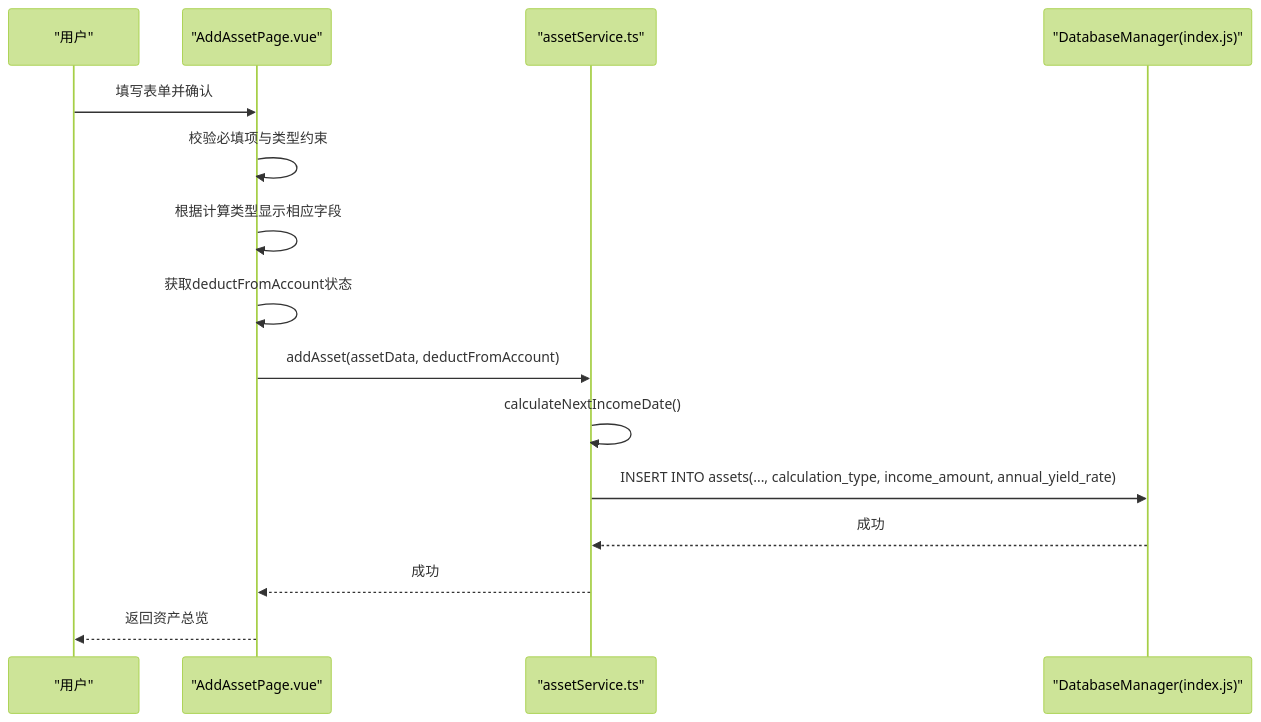
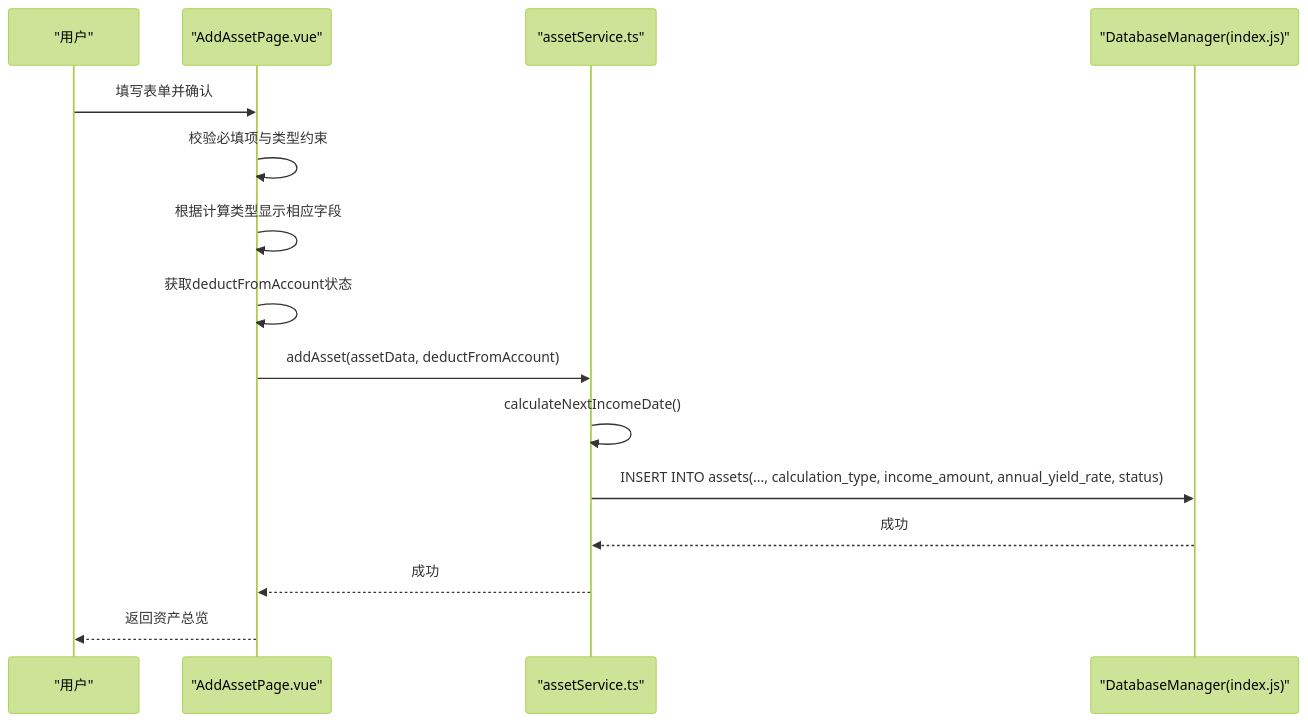
The seventh of 15 diagrams in .qoder/repowiki/zh/content/资产管理/资产管理.md (xiao-lin-unit/yuan), drawn with Mermaid (forest theme) before and after one commit. The commit also changed other lines of this file and 51 other files, not shown here.

````diff
--- a/.qoder/repowiki/zh/content/资产管理/资产管理.md
+++ b/.qoder/repowiki/zh/content/资产管理/资产管理.md
@@ -368,17 +384,17 @@
 ```mermaid
 sequenceDiagram
 participant U as "用户"
 participant AAS as "AddAssetPage.vue"
 participant AS as "assetService.ts"
 participant DB as "DatabaseManager(index.js)"
 U->>AAS : 填写表单并确认
 AAS->>AAS : 校验必填项与类型约束
 AAS->>AAS : 根据计算类型显示相应字段
 AAS->>AAS : 获取deductFromAccount状态
 AAS->>AS : addAsset(assetData, deductFromAccount)
 AS->>AS : calculateNextIncomeDate()
-AS->>DB : INSERT INTO assets(..., calculation_type, income_amount, annual_yield_rate)
+AS->>DB : INSERT INTO assets(..., calculation_type, income_amount, annual_yield_rate, status)
 DB-->>AS : 成功
 AS-->>AAS : 成功
 AAS-->>U : 返回资产总览
 ```
````
